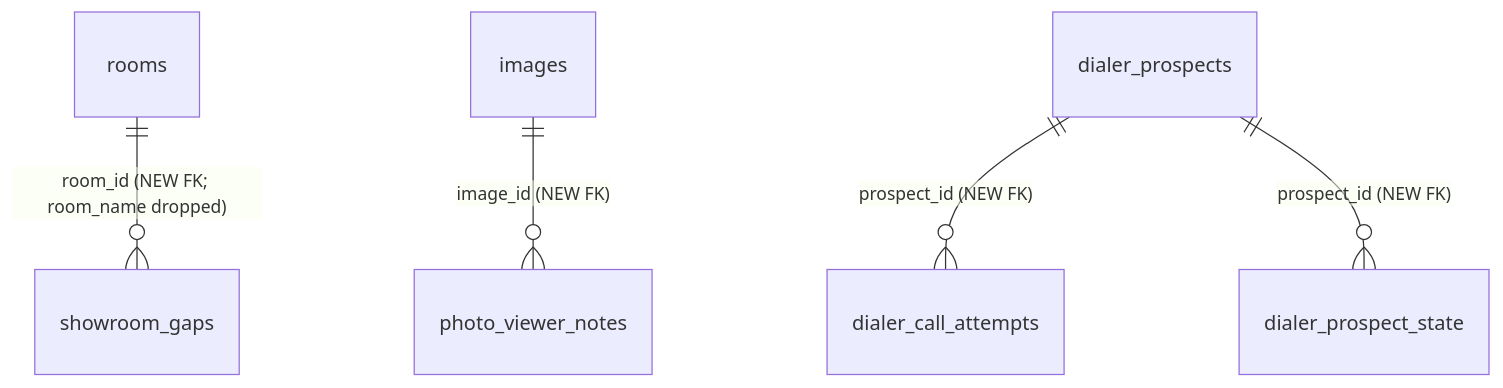
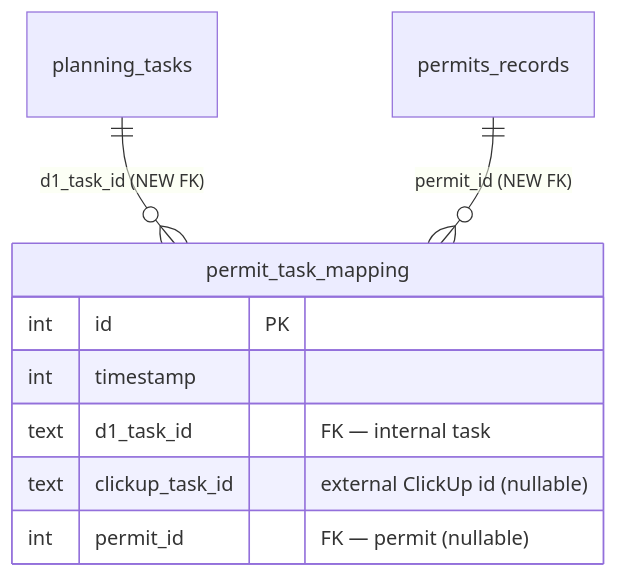
Before and after one commit to jmbish04/core-remodel: the fourth of 6 diagrams in docs/0033_d1_table_audit/IMPLEMENTATION_PLAN.md, drawn with Mermaid. The commit also changed other lines of this file and 2 other files, not shown here.

````diff
--- a/docs/0033_d1_table_audit/IMPLEMENTATION_PLAN.md
+++ b/docs/0033_d1_table_audit/IMPLEMENTATION_PLAN.md
@@ -95,7 +97,12 @@
 ```mermaid
 erDiagram
-    rooms ||--o{ showroom_gaps : "room_id (NEW FK; room_name dropped)"
-    images ||--o{ photo_viewer_notes : "image_id (NEW FK)"
-    dialer_prospects ||--o{ dialer_call_attempts : "prospect_id (NEW FK)"
-    dialer_prospects ||--o{ dialer_prospect_state : "prospect_id (NEW FK)"
+    planning_tasks ||--o{ permit_task_mapping : "d1_task_id (NEW FK)"
+    permits_records ||--o{ permit_task_mapping : "permit_id (NEW FK)"
+    permit_task_mapping {
+      int id PK
+      int timestamp
+      text d1_task_id "FK — internal task"
+      text clickup_task_id "external ClickUp id (nullable)"
+      int permit_id "FK — permit (nullable)"
+    }
 ```
````
